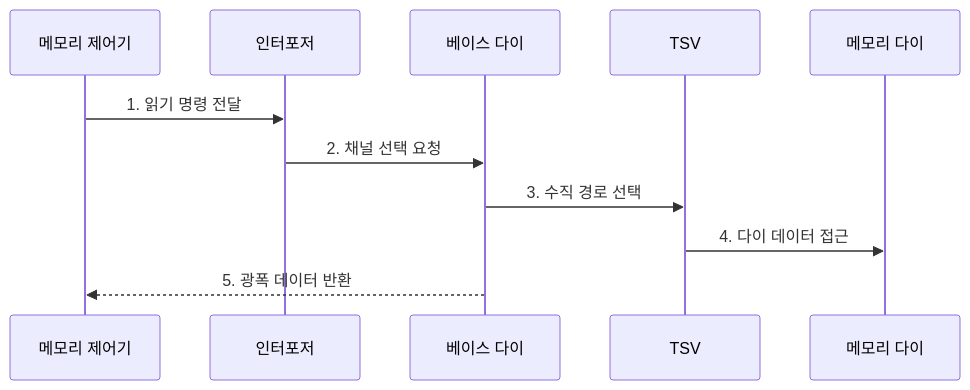
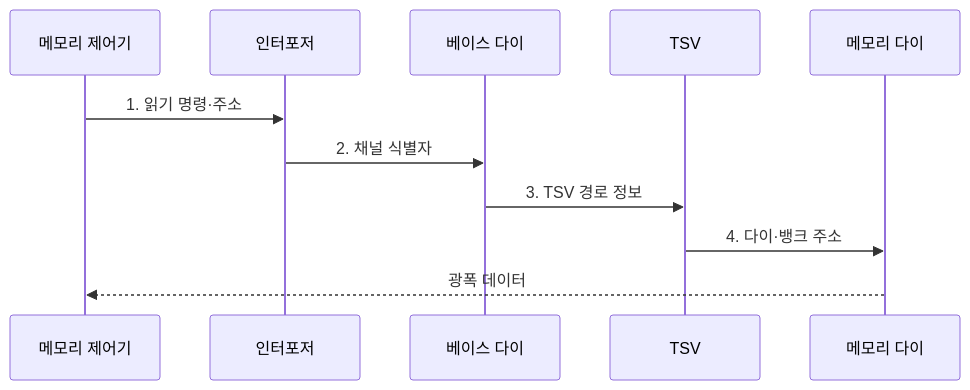
The second of 2 diagrams in src/content/docs/notes/02-hardware/090_3d_stacked_memory.md (agnusdei1207/knowledge-base), drawn with Mermaid before and after one commit. The commit also changed other lines of this file and 14 other files, not shown here.

````diff
--- a/src/content/docs/notes/02-hardware/090_3d_stacked_memory.md
+++ b/src/content/docs/notes/02-hardware/090_3d_stacked_memory.md
@@ -94,13 +93,13 @@
 ```mermaid
 sequenceDiagram
     participant C as 메모리 제어기
     participant I as 인터포저
     participant B as 베이스 다이
     participant V as TSV
     participant D as 메모리 다이
-    C->>I: 1. 읽기 명령 전달
-    I->>B: 2. 채널 선택 요청
-    B->>V: 3. 수직 경로 선택
-    V->>D: 4. 다이 데이터 접근
-    B-->>C: 5. 광폭 데이터 반환
+    C->>I: 1. 읽기 명령·주소
+    I->>B: 2. 채널 식별자
+    B->>V: 3. TSV 경로 정보
+    V->>D: 4. 다이·뱅크 주소
+    D-->>C: 광폭 데이터
 ```
````
